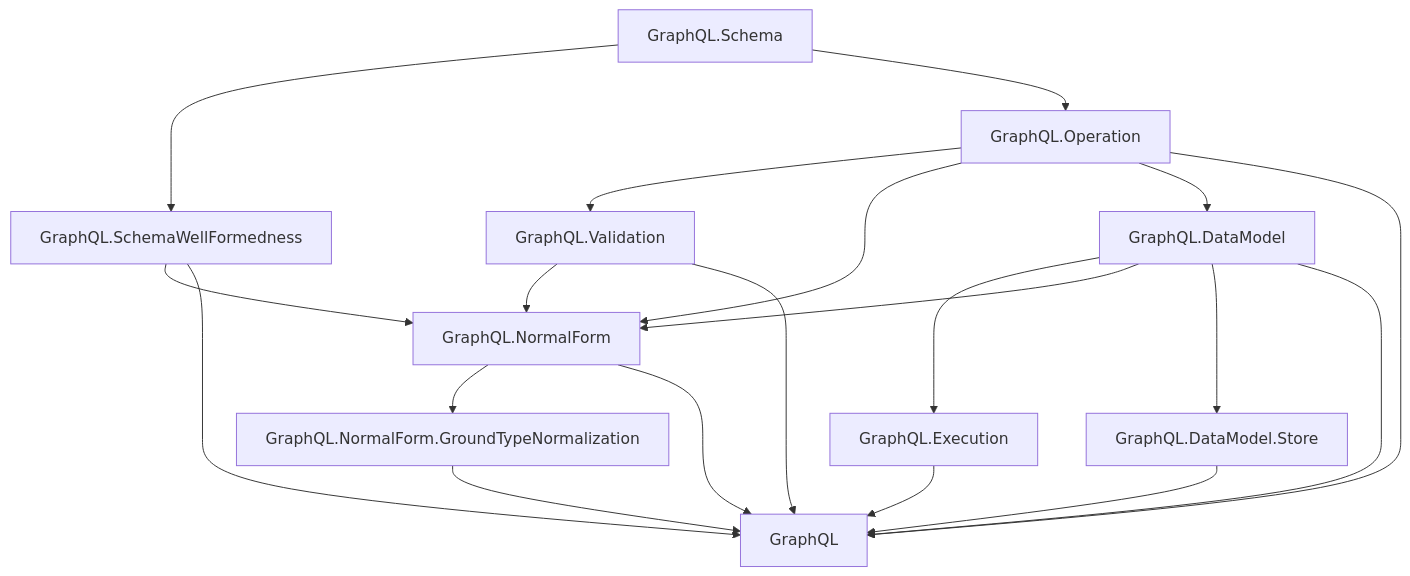
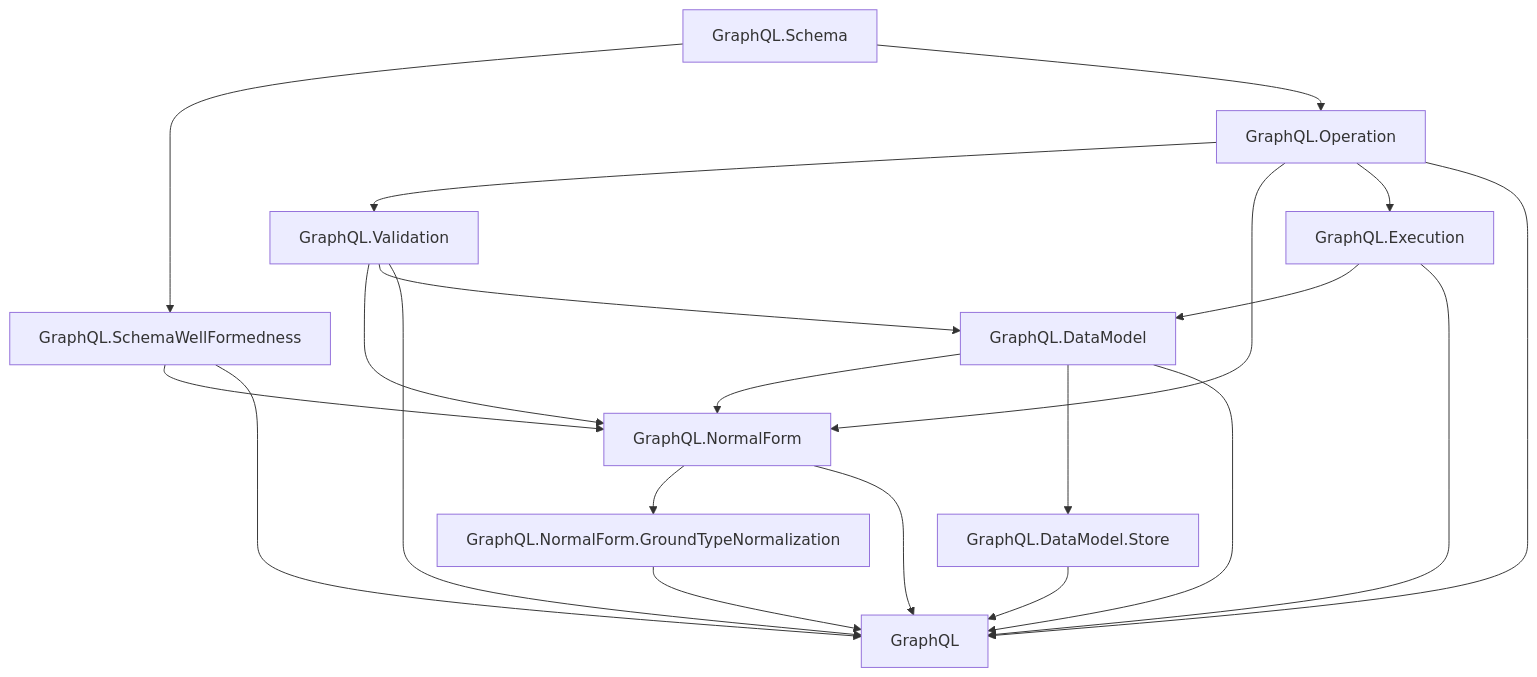
The diagram in docs/overview.md (duckki/GraphQL.lean), drawn with Mermaid before and after one commit. The commit also changed other lines of this file and 6 other files, not shown here.

Commit message:
Tighten graph data model conformance

````diff
--- a/docs/overview.md
+++ b/docs/overview.md
@@ -11,34 +11,35 @@
 ```mermaid
 flowchart TD
   Schema["GraphQL.Schema"]
   SchemaWF["GraphQL.SchemaWellFormedness"]
   Operation["GraphQL.Operation"]
   Validation["GraphQL.Validation"]
   NormalForm["GraphQL.NormalForm"]
   NormalFormGround["GraphQL.NormalForm.GroundTypeNormalization"]
   Execution["GraphQL.Execution"]
   DataModel["GraphQL.DataModel"]
   DataModelStore["GraphQL.DataModel.Store"]
   GraphQLRoot["GraphQL"]
 
   Schema --> SchemaWF
   Schema --> Operation
   Operation --> Validation
   Operation --> NormalForm
-  Operation --> DataModel
-  DataModel --> Execution
+  Operation --> Execution
+  Execution --> DataModel
   SchemaWF --> NormalForm
   Validation --> NormalForm
+  Validation --> DataModel
   DataModel --> NormalForm
   NormalForm --> NormalFormGround
   DataModel --> DataModelStore
 
   SchemaWF --> GraphQLRoot
   Operation --> GraphQLRoot
   Validation --> GraphQLRoot
   NormalForm --> GraphQLRoot
   NormalFormGround --> GraphQLRoot
   Execution --> GraphQLRoot
   DataModel --> GraphQLRoot
   DataModelStore --> GraphQLRoot
 ```
````
